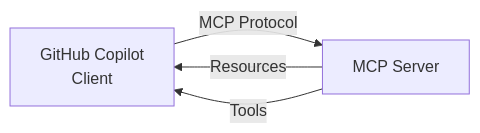
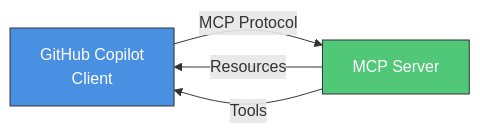
One commit to j0hnnymiller/AI-Assisted-Software-Development changed the first of 3 diagrams in slides/marp/mcp-model-context-protocol-servers.deck.md. Above: the diagram before and after it, drawn with Mermaid. The commit also changed other lines of this file and 3 other files, not shown here.

Commit message:
feat: enhance presentation slides with improved flowchart styles and context efficiency explanations

````diff
--- a/slides/marp/mcp-model-context-protocol-servers.deck.md
+++ b/slides/marp/mcp-model-context-protocol-servers.deck.md
@@ -55,6 +55,9 @@
 ```mermaid
 flowchart LR
-    A[GitHub Copilot\nClient] -- MCP Protocol --> B[MCP Server]
+    A[GitHub Copilot\nClient]:::blue -- MCP Protocol --> B[MCP Server]:::green
     B -- Resources --> A
     B -- Tools --> A
+
+    classDef blue fill:#4A90E2,stroke:#333,color:#fff
+    classDef green fill:#50C878,stroke:#333,color:#fff
 ```
````
